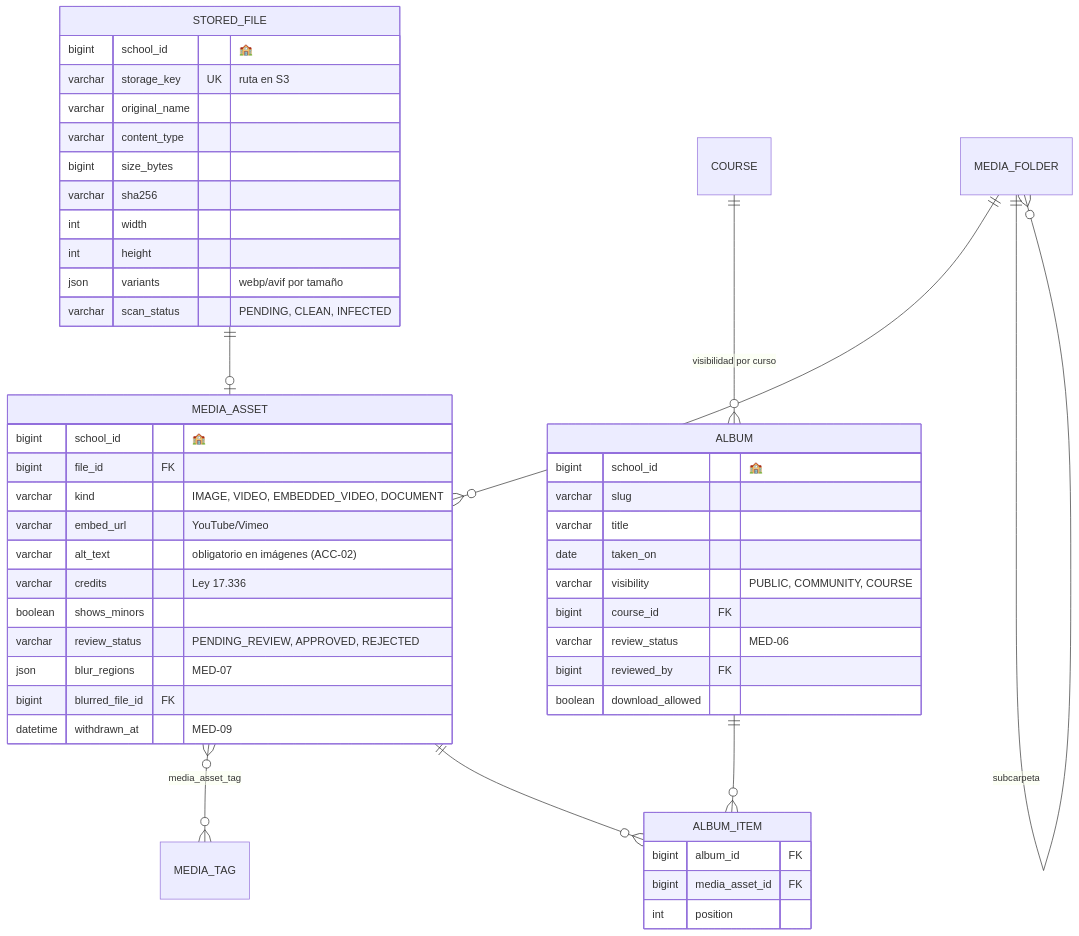
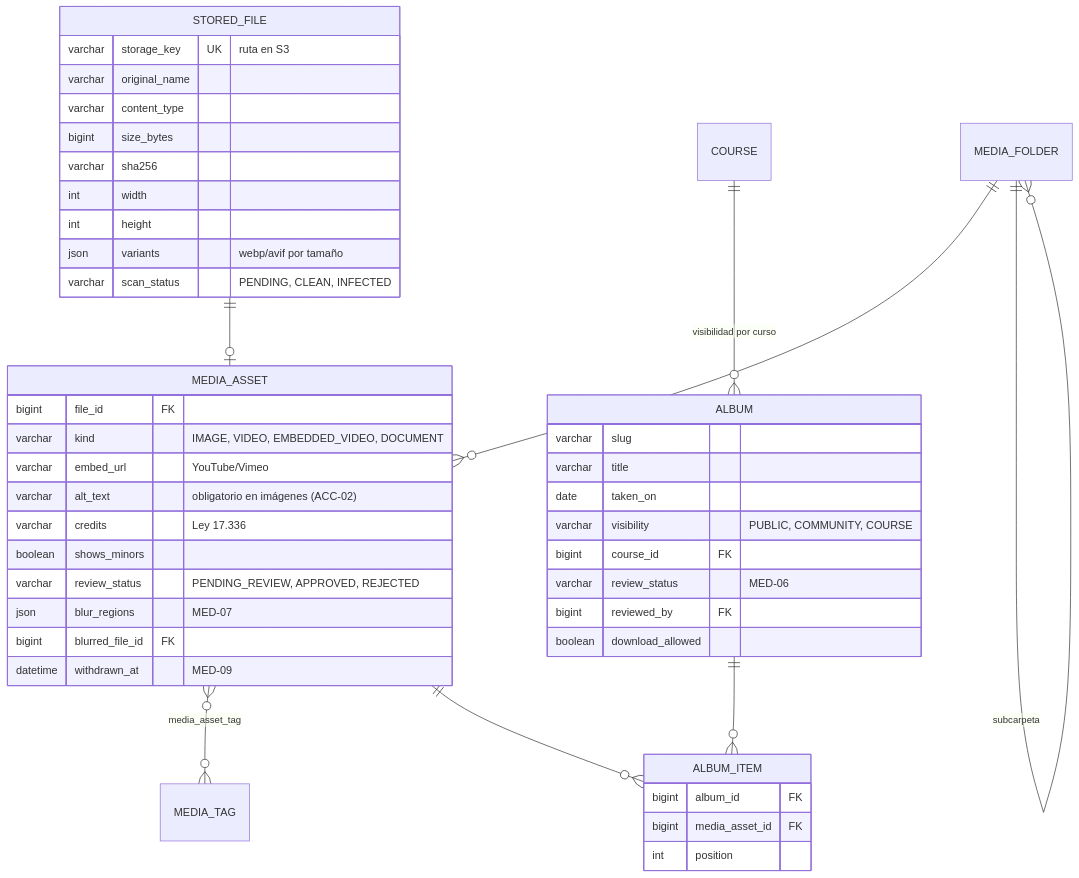
One commit to InformaticaBeerCat/colegio-saas changed the third of 6 diagrams in docs/domain-model.md. Above: the diagram before and after it, drawn with Mermaid. The commit also changed other lines of this file and 22 other files, not shown here.

````diff
--- a/docs/domain-model.md
+++ b/docs/domain-model.md
@@ -149,52 +135,49 @@
 ```mermaid
 erDiagram
     STORED_FILE ||--o| MEDIA_ASSET : ""
     MEDIA_FOLDER ||--o{ MEDIA_ASSET : ""
     MEDIA_FOLDER ||--o{ MEDIA_FOLDER : "subcarpeta"
     MEDIA_ASSET }o--o{ MEDIA_TAG : "media_asset_tag"
     ALBUM ||--o{ ALBUM_ITEM : ""
     MEDIA_ASSET ||--o{ ALBUM_ITEM : ""
     COURSE ||--o{ ALBUM : "visibilidad por curso"
 
     STORED_FILE {
-        bigint school_id "🏫"
         varchar storage_key UK "ruta en S3"
         varchar original_name
         varchar content_type
         bigint size_bytes
         varchar sha256
         int width
         int height
         json variants "webp/avif por tamaño"
         varchar scan_status "PENDING, CLEAN, INFECTED"
     }
     MEDIA_ASSET {
-        bigint school_id "🏫"
         bigint file_id FK
         varchar kind "IMAGE, VIDEO, EMBEDDED_VIDEO, DOCUMENT"
         varchar embed_url "YouTube/Vimeo"
         varchar alt_text "obligatorio en imágenes (ACC-02)"
         varchar credits "Ley 17.336"
         boolean shows_minors
         varchar review_status "PENDING_REVIEW, APPROVED, REJECTED"
         json blur_regions "MED-07"
         bigint blurred_file_id FK
         datetime withdrawn_at "MED-09"
     }
     ALBUM {
-        bigint school_id "🏫"
         varchar slug
         varchar title
         date taken_on
         varchar visibility "PUBLIC, COMMUNITY, COURSE"
         bigint course_id FK
         varchar review_status "MED-06"
         bigint reviewed_by FK
         boolean download_allowed
     }
     ALBUM_ITEM {
         bigint album_id FK
         bigint media_asset_id FK
         int position
     }
 ```
````
